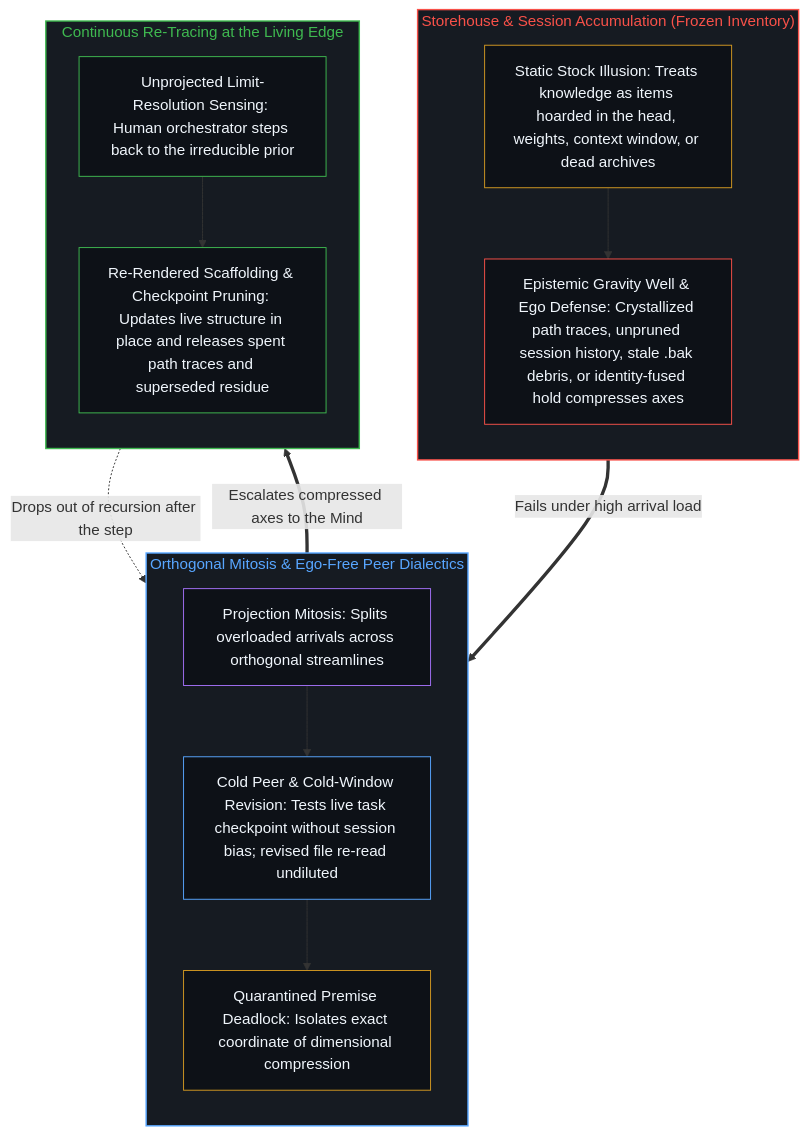
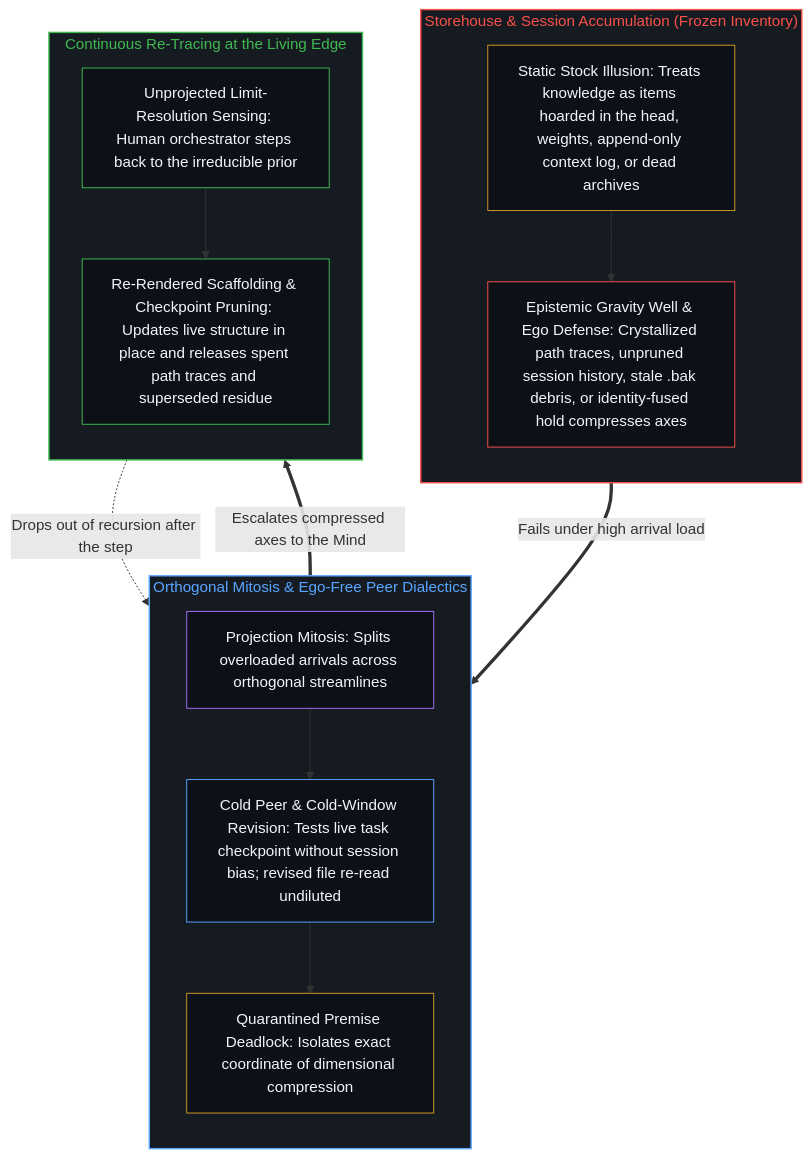
One commit to powerpig99/not-a-toe changed the second of 2 diagrams in content/posts/the-real-scarcity-is-not-memory-but-continuous-re-tracing.md. Above: the diagram before and after it, drawn with Mermaid. The commit also changed other lines of this file and 11 other files, not shown here.

````diff
--- a/content/posts/the-real-scarcity-is-not-memory-but-continuous-re-tracing.md
+++ b/content/posts/the-real-scarcity-is-not-memory-but-continuous-re-tracing.md
@@ -107,35 +107,35 @@
 ```mermaid
 flowchart TD
     subgraph S_Store["Storehouse & Session Accumulation (Frozen Inventory)"]
         direction TB
-        Stock["Static Stock Illusion: Treats knowledge as items hoarded in the head, weights, context window, or dead archives"]
+        Stock["Static Stock Illusion: Treats knowledge as items hoarded in the head, weights, append-only context log, or dead archives"]
         Well["Epistemic Gravity Well & Ego Defense: Crystallized path traces, unpruned session history, stale .bak debris, or identity-fused hold compresses axes"]
         Stock --> Well
     end
     subgraph S_Dialectics["Orthogonal Mitosis & Ego-Free Peer Dialectics"]
         direction TB
         Mitosis["Projection Mitosis: Splits overloaded arrivals across orthogonal streamlines"]
         Peer["Cold Peer & Cold-Window Revision: Tests live task checkpoint without session bias; revised file re-read undiluted"]
         Deadlock["Quarantined Premise Deadlock: Isolates exact coordinate of dimensional compression"]
         Mitosis --> Peer --> Deadlock
     end
     subgraph S_Retrace["Continuous Re-Tracing at the Living Edge"]
         direction TB
         StepBack["Unprojected Limit-Resolution Sensing: Human orchestrator steps back to the irreducible prior"]
         Redraw["Re-Rendered Scaffolding & Checkpoint Pruning: Updates live structure in place and releases spent path traces and superseded residue"]
         StepBack --> Redraw
     end
     Well ==>|"Fails under high arrival load"| Mitosis
     Deadlock ==>|"Escalates compressed axes to the Mind"| StepBack
     Redraw -.->|"Drops out of recursion after the step"| Mitosis
     style S_Store fill:#161b22,stroke:#f85149,stroke-width:1.5px,color:#f85149
     style S_Dialectics fill:#161b22,stroke:#58a6ff,stroke-width:1.5px,color:#58a6ff
     style S_Retrace fill:#161b22,stroke:#3fb950,stroke-width:1.5px,color:#3fb950
     style Stock fill:#0d1117,stroke:#d29922,stroke-width:1px,color:#f0f6fc
     style Well fill:#0d1117,stroke:#f85149,stroke-width:1px,color:#f0f6fc
     style Mitosis fill:#0d1117,stroke:#a371f7,stroke-width:1px,color:#f0f6fc
     style Peer fill:#0d1117,stroke:#58a6ff,stroke-width:1px,color:#f0f6fc
     style Deadlock fill:#0d1117,stroke:#d29922,stroke-width:1px,color:#f0f6fc
     style StepBack fill:#0d1117,stroke:#3fb950,stroke-width:1px,color:#f0f6fc
     style Redraw fill:#0d1117,stroke:#3fb950,stroke-width:1px,color:#f0f6fc
 ```
````
